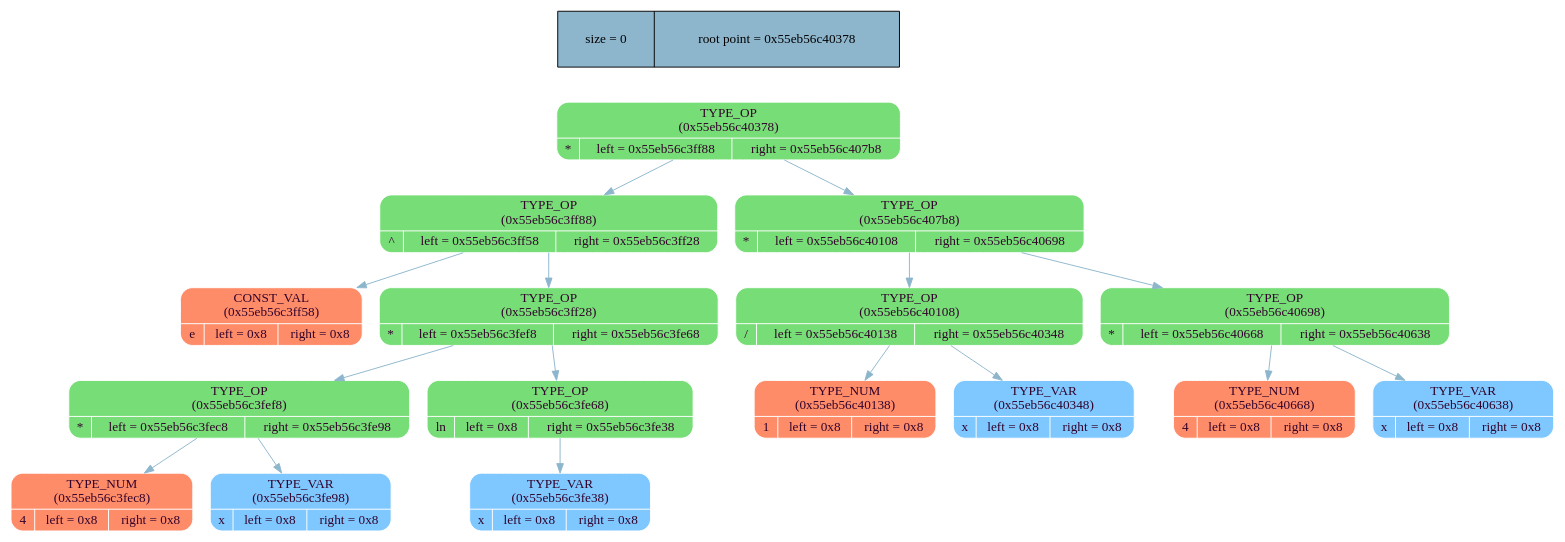
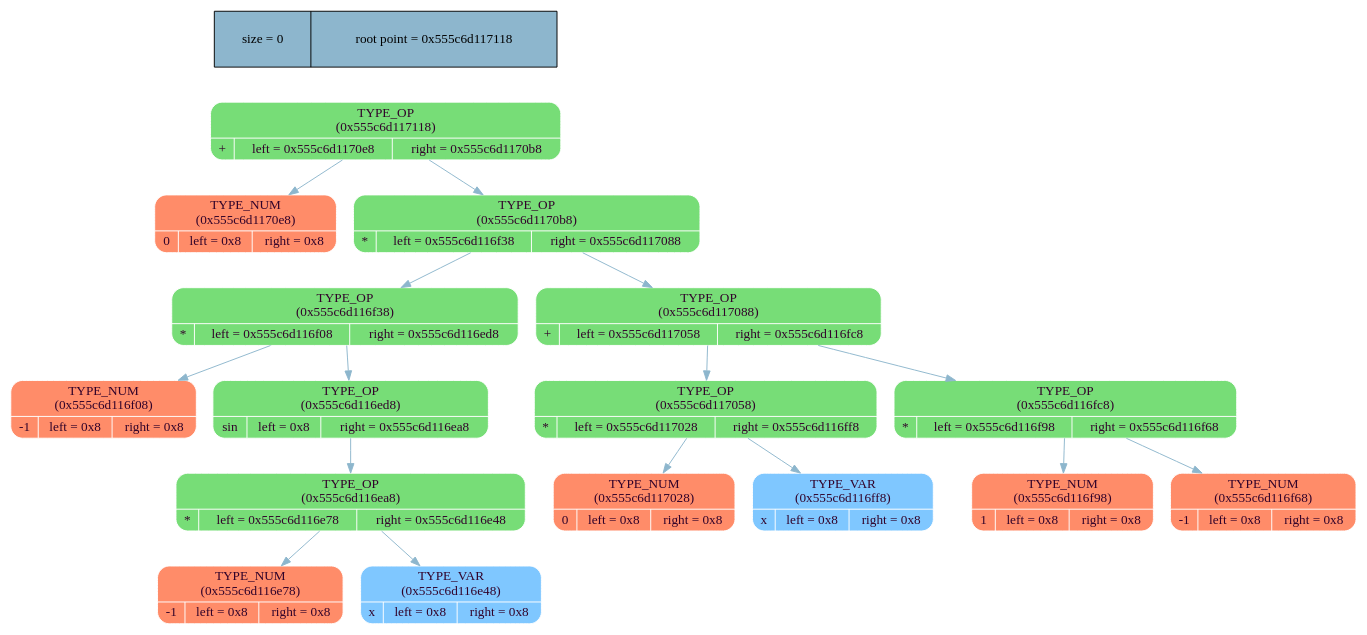
One commit to MaxGroshev/differentiator changed the diagram in tree/graph_lib/tree_dump.dot. Above: the diagram before and after it, drawn with Graphviz. The commit also changed 11 other files, not shown here.

Commit message:
py_lib for graphics

```diff
--- a/tree/graph_lib/tree_dump.dot
+++ b/tree/graph_lib/tree_dump.dot
@@ -1,40 +1,40 @@
 digraph   
 {
 rankdir = ""
 splines = "true"
 
-node_stat [margin = "0.3*0.3", style = "filled", shape = "record", fillcolor = "#8DB6CD" label = " size = 0 | root point = 0x55eb56c40378"]
+node_stat [margin = "0.3*0.3", style = "filled", shape = "record", fillcolor = "#8DB6CD" label = " size = 0 | root point = 0x555c6d117118"]
 {rank = source; node_stat}
 
-node0x55eb56c40378 [shape = "Mrecord", fillcolor = "#77DD77", style = "filled", fontcolor = "#31032A", fontname = "Calibri", color = "white", label = "{TYPE_OP\n (0x55eb56c40378)| {* |left = 0x55eb56c3ff88 |right = 0x55eb56c407b8}}"]
-node0x55eb56c40378 -> node0x55eb56c3ff88 [color = "#8DB6CD", style = "", constraint = true, fillcolor = "#8DB6CD",   fontcolor = "", fontname = "Calibri", label = ""];
-node0x55eb56c3ff88 [shape = "Mrecord", fillcolor = "#77DD77", style = "filled", fontcolor = "#31032A", fontname = "Calibri", color = "white", label = "{TYPE_OP\n (0x55eb56c3ff88)| {^ |left = 0x55eb56c3ff58 |right = 0x55eb56c3ff28}}"]
-node0x55eb56c3ff88 -> node0x55eb56c3ff58 [color = "#8DB6CD", style = "", constraint = true, fillcolor = "#8DB6CD",   fontcolor = "", fontname = "Calibri", label = ""];
-node0x55eb56c3ff58 [shape = "Mrecord", fillcolor = "#FF8C69", style = "filled", fontcolor = "#31032A", fontname = "Calibri", color = "white", label = "{CONST_VAL\n (0x55eb56c3ff58)| {e |left = 0x8 |right = 0x8}}"]
-node0x55eb56c3ff88 -> node0x55eb56c3ff28 [color = "#8DB6CD", style = "", constraint = true, fillcolor = "#8DB6CD",   fontcolor = "", fontname = "Calibri", label = ""];
-node0x55eb56c3ff28 [shape = "Mrecord", fillcolor = "#77DD77", style = "filled", fontcolor = "#31032A", fontname = "Calibri", color = "white", label = "{TYPE_OP\n (0x55eb56c3ff28)| {* |left = 0x55eb56c3fef8 |right = 0x55eb56c3fe68}}"]
-node0x55eb56c3ff28 -> node0x55eb56c3fef8 [color = "#8DB6CD", style = "", constraint = true, fillcolor = "#8DB6CD",   fontcolor = "", fontname = "Calibri", label = ""];
-node0x55eb56c3fef8 [shape = "Mrecord", fillcolor = "#77DD77", style = "filled", fontcolor = "#31032A", fontname = "Calibri", color = "white", label = "{TYPE_OP\n (0x55eb56c3fef8)| {* |left = 0x55eb56c3fec8 |right = 0x55eb56c3fe98}}"]
-node0x55eb56c3fef8 -> node0x55eb56c3fec8 [color = "#8DB6CD", style = "", constraint = true, fillcolor = "#8DB6CD",   fontcolor = "", fontname = "Calibri", label = ""];
-node0x55eb56c3fec8 [shape = "Mrecord", fillcolor = "#FF8C69", style = "filled", fontcolor = "#31032A", fontname = "Calibri", color = "white", label = "{TYPE_NUM\n (0x55eb56c3fec8)| {4 |left = 0x8 |right = 0x8}}"]
-node0x55eb56c3fef8 -> node0x55eb56c3fe98 [color = "#8DB6CD", style = "", constraint = true, fillcolor = "#8DB6CD",   fontcolor = "", fontname = "Calibri", label = ""];
-node0x55eb56c3fe98 [shape = "Mrecord", fillcolor = "#7FC7FF", style = "filled", fontcolor = "#31032A", fontname = "Calibri", color = "white", label = "{TYPE_VAR\n (0x55eb56c3fe98)| {x |left = 0x8 |right = 0x8}}"]
-node0x55eb56c3ff28 -> node0x55eb56c3fe68 [color = "#8DB6CD", style = "", constraint = true, fillcolor = "#8DB6CD",   fontcolor = "", fontname = "Calibri", label = ""];
-node0x55eb56c3fe68 [shape = "Mrecord", fillcolor = "#77DD77", style = "filled", fontcolor = "#31032A", fontname = "Calibri", color = "white", label = "{TYPE_OP\n (0x55eb56c3fe68)| {ln |left = 0x8 |right = 0x55eb56c3fe38}}"]
-node0x55eb56c3fe68 -> node0x55eb56c3fe38 [color = "#8DB6CD", style = "", constraint = true, fillcolor = "#8DB6CD",   fontcolor = "", fontname = "Calibri", label = ""];
-node0x55eb56c3fe38 [shape = "Mrecord", fillcolor = "#7FC7FF", style = "filled", fontcolor = "#31032A", fontname = "Calibri", color = "white", label = "{TYPE_VAR\n (0x55eb56c3fe38)| {x |left = 0x8 |right = 0x8}}"]
-node0x55eb56c40378 -> node0x55eb56c407b8 [color = "#8DB6CD", style = "", constraint = true, fillcolor = "#8DB6CD",   fontcolor = "", fontname = "Calibri", label = ""];
-node0x55eb56c407b8 [shape = "Mrecord", fillcolor = "#77DD77", style = "filled", fontcolor = "#31032A", fontname = "Calibri", color = "white", label = "{TYPE_OP\n (0x55eb56c407b8)| {* |left = 0x55eb56c40108 |right = 0x55eb56c40698}}"]
-node0x55eb56c407b8 -> node0x55eb56c40108 [color = "#8DB6CD", style = "", constraint = true, fillcolor = "#8DB6CD",   fontcolor = "", fontname = "Calibri", label = ""];
-node0x55eb56c40108 [shape = "Mrecord", fillcolor = "#77DD77", style = "filled", fontcolor = "#31032A", fontname = "Calibri", color = "white", label = "{TYPE_OP\n (0x55eb56c40108)| {/ |left = 0x55eb56c40138 |right = 0x55eb56c40348}}"]
-node0x55eb56c40108 -> node0x55eb56c40138 [color = "#8DB6CD", style = "", constraint = true, fillcolor = "#8DB6CD",   fontcolor = "", fontname = "Calibri", label = ""];
-node0x55eb56c40138 [shape = "Mrecord", fillcolor = "#FF8C69", style = "filled", fontcolor = "#31032A", fontname = "Calibri", color = "white", label = "{TYPE_NUM\n (0x55eb56c40138)| {1 |left = 0x8 |right = 0x8}}"]
-node0x55eb56c40108 -> node0x55eb56c40348 [color = "#8DB6CD", style = "", constraint = true, fillcolor = "#8DB6CD",   fontcolor = "", fontname = "Calibri", label = ""];
-node0x55eb56c40348 [shape = "Mrecord", fillcolor = "#7FC7FF", style = "filled", fontcolor = "#31032A", fontname = "Calibri", color = "white", label = "{TYPE_VAR\n (0x55eb56c40348)| {x |left = 0x8 |right = 0x8}}"]
-node0x55eb56c407b8 -> node0x55eb56c40698 [color = "#8DB6CD", style = "", constraint = true, fillcolor = "#8DB6CD",   fontcolor = "", fontname = "Calibri", label = ""];
-node0x55eb56c40698 [shape = "Mrecord", fillcolor = "#77DD77", style = "filled", fontcolor = "#31032A", fontname = "Calibri", color = "white", label = "{TYPE_OP\n (0x55eb56c40698)| {* |left = 0x55eb56c40668 |right = 0x55eb56c40638}}"]
-node0x55eb56c40698 -> node0x55eb56c40668 [color = "#8DB6CD", style = "", constraint = true, fillcolor = "#8DB6CD",   fontcolor = "", fontname = "Calibri", label = ""];
-node0x55eb56c40668 [shape = "Mrecord", fillcolor = "#FF8C69", style = "filled", fontcolor = "#31032A", fontname = "Calibri", color = "white", label = "{TYPE_NUM\n (0x55eb56c40668)| {4 |left = 0x8 |right = 0x8}}"]
-node0x55eb56c40698 -> node0x55eb56c40638 [color = "#8DB6CD", style = "", constraint = true, fillcolor = "#8DB6CD",   fontcolor = "", fontname = "Calibri", label = ""];
-node0x55eb56c40638 [shape = "Mrecord", fillcolor = "#7FC7FF", style = "filled", fontcolor = "#31032A", fontname = "Calibri", color = "white", label = "{TYPE_VAR\n (0x55eb56c40638)| {x |left = 0x8 |right = 0x8}}"]
+node0x555c6d117118 [shape = "Mrecord", fillcolor = "#77DD77", style = "filled", fontcolor = "#31032A", fontname = "Calibri", color = "white", label = "{TYPE_OP\n (0x555c6d117118)| {+ |left = 0x555c6d1170e8 |right = 0x555c6d1170b8}}"]
+node0x555c6d117118 -> node0x555c6d1170e8 [color = "#8DB6CD", style = "", constraint = true, fillcolor = "#8DB6CD",   fontcolor = "", fontname = "Calibri", label = ""];
+node0x555c6d1170e8 [shape = "Mrecord", fillcolor = "#FF8C69", style = "filled", fontcolor = "#31032A", fontname = "Calibri", color = "white", label = "{TYPE_NUM\n (0x555c6d1170e8)| {0 |left = 0x8 |right = 0x8}}"]
+node0x555c6d117118 -> node0x555c6d1170b8 [color = "#8DB6CD", style = "", constraint = true, fillcolor = "#8DB6CD",   fontcolor = "", fontname = "Calibri", label = ""];
+node0x555c6d1170b8 [shape = "Mrecord", fillcolor = "#77DD77", style = "filled", fontcolor = "#31032A", fontname = "Calibri", color = "white", label = "{TYPE_OP\n (0x555c6d1170b8)| {* |left = 0x555c6d116f38 |right = 0x555c6d117088}}"]
+node0x555c6d1170b8 -> node0x555c6d116f38 [color = "#8DB6CD", style = "", constraint = true, fillcolor = "#8DB6CD",   fontcolor = "", fontname = "Calibri", label = ""];
+node0x555c6d116f38 [shape = "Mrecord", fillcolor = "#77DD77", style = "filled", fontcolor = "#31032A", fontname = "Calibri", color = "white", label = "{TYPE_OP\n (0x555c6d116f38)| {* |left = 0x555c6d116f08 |right = 0x555c6d116ed8}}"]
+node0x555c6d116f38 -> node0x555c6d116f08 [color = "#8DB6CD", style = "", constraint = true, fillcolor = "#8DB6CD",   fontcolor = "", fontname = "Calibri", label = ""];
+node0x555c6d116f08 [shape = "Mrecord", fillcolor = "#FF8C69", style = "filled", fontcolor = "#31032A", fontname = "Calibri", color = "white", label = "{TYPE_NUM\n (0x555c6d116f08)| {-1 |left = 0x8 |right = 0x8}}"]
+node0x555c6d116f38 -> node0x555c6d116ed8 [color = "#8DB6CD", style = "", constraint = true, fillcolor = "#8DB6CD",   fontcolor = "", fontname = "Calibri", label = ""];
+node0x555c6d116ed8 [shape = "Mrecord", fillcolor = "#77DD77", style = "filled", fontcolor = "#31032A", fontname = "Calibri", color = "white", label = "{TYPE_OP\n (0x555c6d116ed8)| {sin |left = 0x8 |right = 0x555c6d116ea8}}"]
+node0x555c6d116ed8 -> node0x555c6d116ea8 [color = "#8DB6CD", style = "", constraint = true, fillcolor = "#8DB6CD",   fontcolor = "", fontname = "Calibri", label = ""];
+node0x555c6d116ea8 [shape = "Mrecord", fillcolor = "#77DD77", style = "filled", fontcolor = "#31032A", fontname = "Calibri", color = "white", label = "{TYPE_OP\n (0x555c6d116ea8)| {* |left = 0x555c6d116e78 |right = 0x555c6d116e48}}"]
+node0x555c6d116ea8 -> node0x555c6d116e78 [color = "#8DB6CD", style = "", constraint = true, fillcolor = "#8DB6CD",   fontcolor = "", fontname = "Calibri", label = ""];
+node0x555c6d116e78 [shape = "Mrecord", fillcolor = "#FF8C69", style = "filled", fontcolor = "#31032A", fontname = "Calibri", color = "white", label = "{TYPE_NUM\n (0x555c6d116e78)| {-1 |left = 0x8 |right = 0x8}}"]
+node0x555c6d116ea8 -> node0x555c6d116e48 [color = "#8DB6CD", style = "", constraint = true, fillcolor = "#8DB6CD",   fontcolor = "", fontname = "Calibri", label = ""];
+node0x555c6d116e48 [shape = "Mrecord", fillcolor = "#7FC7FF", style = "filled", fontcolor = "#31032A", fontname = "Calibri", color = "white", label = "{TYPE_VAR\n (0x555c6d116e48)| {x |left = 0x8 |right = 0x8}}"]
+node0x555c6d1170b8 -> node0x555c6d117088 [color = "#8DB6CD", style = "", constraint = true, fillcolor = "#8DB6CD",   fontcolor = "", fontname = "Calibri", label = ""];
+node0x555c6d117088 [shape = "Mrecord", fillcolor = "#77DD77", style = "filled", fontcolor = "#31032A", fontname = "Calibri", color = "white", label = "{TYPE_OP\n (0x555c6d117088)| {+ |left = 0x555c6d117058 |right = 0x555c6d116fc8}}"]
+node0x555c6d117088 -> node0x555c6d117058 [color = "#8DB6CD", style = "", constraint = true, fillcolor = "#8DB6CD",   fontcolor = "", fontname = "Calibri", label = ""];
+node0x555c6d117058 [shape = "Mrecord", fillcolor = "#77DD77", style = "filled", fontcolor = "#31032A", fontname = "Calibri", color = "white", label = "{TYPE_OP\n (0x555c6d117058)| {* |left = 0x555c6d117028 |right = 0x555c6d116ff8}}"]
+node0x555c6d117058 -> node0x555c6d117028 [color = "#8DB6CD", style = "", constraint = true, fillcolor = "#8DB6CD",   fontcolor = "", fontname = "Calibri", label = ""];
+node0x555c6d117028 [shape = "Mrecord", fillcolor = "#FF8C69", style = "filled", fontcolor = "#31032A", fontname = "Calibri", color = "white", label = "{TYPE_NUM\n (0x555c6d117028)| {0 |left = 0x8 |right = 0x8}}"]
+node0x555c6d117058 -> node0x555c6d116ff8 [color = "#8DB6CD", style = "", constraint = true, fillcolor = "#8DB6CD",   fontcolor = "", fontname = "Calibri", label = ""];
+node0x555c6d116ff8 [shape = "Mrecord", fillcolor = "#7FC7FF", style = "filled", fontcolor = "#31032A", fontname = "Calibri", color = "white", label = "{TYPE_VAR\n (0x555c6d116ff8)| {x |left = 0x8 |right = 0x8}}"]
+node0x555c6d117088 -> node0x555c6d116fc8 [color = "#8DB6CD", style = "", constraint = true, fillcolor = "#8DB6CD",   fontcolor = "", fontname = "Calibri", label = ""];
+node0x555c6d116fc8 [shape = "Mrecord", fillcolor = "#77DD77", style = "filled", fontcolor = "#31032A", fontname = "Calibri", color = "white", label = "{TYPE_OP\n (0x555c6d116fc8)| {* |left = 0x555c6d116f98 |right = 0x555c6d116f68}}"]
+node0x555c6d116fc8 -> node0x555c6d116f98 [color = "#8DB6CD", style = "", constraint = true, fillcolor = "#8DB6CD",   fontcolor = "", fontname = "Calibri", label = ""];
+node0x555c6d116f98 [shape = "Mrecord", fillcolor = "#FF8C69", style = "filled", fontcolor = "#31032A", fontname = "Calibri", color = "white", label = "{TYPE_NUM\n (0x555c6d116f98)| {1 |left = 0x8 |right = 0x8}}"]
+node0x555c6d116fc8 -> node0x555c6d116f68 [color = "#8DB6CD", style = "", constraint = true, fillcolor = "#8DB6CD",   fontcolor = "", fontname = "Calibri", label = ""];
+node0x555c6d116f68 [shape = "Mrecord", fillcolor = "#FF8C69", style = "filled", fontcolor = "#31032A", fontname = "Calibri", color = "white", label = "{TYPE_NUM\n (0x555c6d116f68)| {-1 |left = 0x8 |right = 0x8}}"]
 }
```
